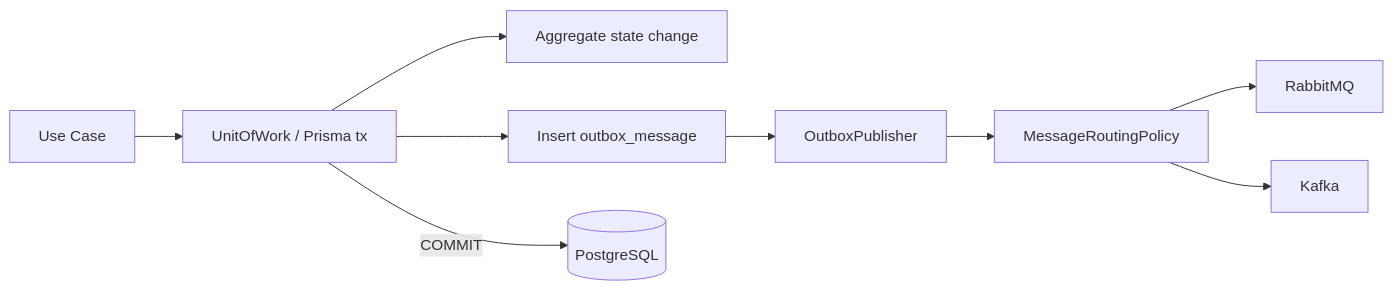
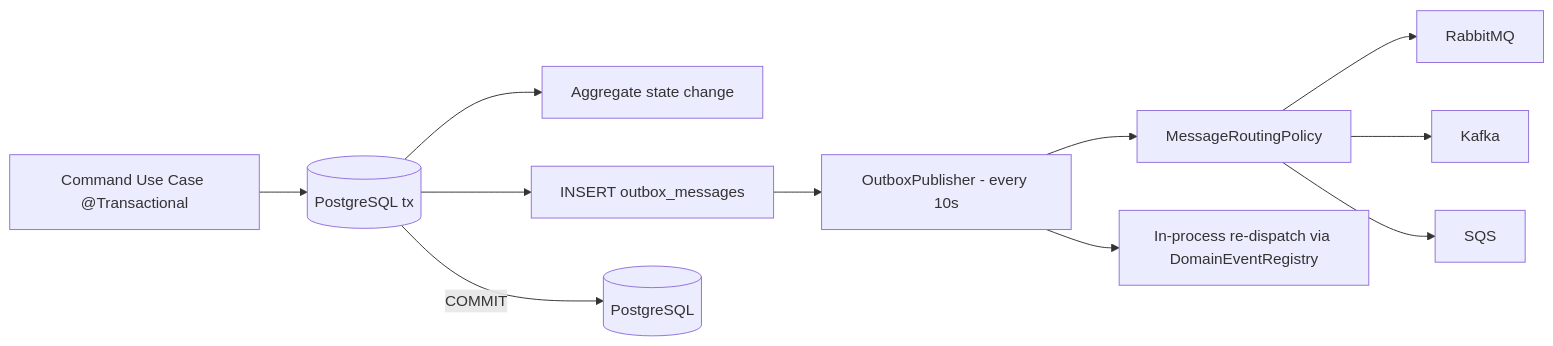
One commit to ashrafemon/ddd-boilerplate changed the third of 3 diagrams in ARCHITECTURE.md. Above: the diagram before and after it, drawn with Mermaid. The commit also changed other lines of this file and 3 other files, not shown here.

````diff
--- a/ARCHITECTURE.md
+++ b/ARCHITECTURE.md
@@ -284,11 +446,13 @@
 ```mermaid
 flowchart LR
-    UC[Use Case] --> UOW[UnitOfWork / Prisma tx]
+    UC[Command Use Case @Transactional] --> UOW[(PostgreSQL tx)]
     UOW --> AGG[Aggregate state change]
-    UOW --> OUT[Insert outbox_message]
+    UOW --> OUT[INSERT outbox_messages]
     UOW -->|COMMIT| DB[(PostgreSQL)]
-    OUT --> PUB[OutboxPublisher]
+    OUT --> PUB[OutboxPublisher - every 10s]
     PUB --> ROUTE[MessageRoutingPolicy]
     ROUTE --> RMQ[RabbitMQ]
     ROUTE --> KAFKA[Kafka]
+    ROUTE --> SQS[SQS]
+    PUB --> BUS[In-process re-dispatch via DomainEventRegistry]
 ```
````
